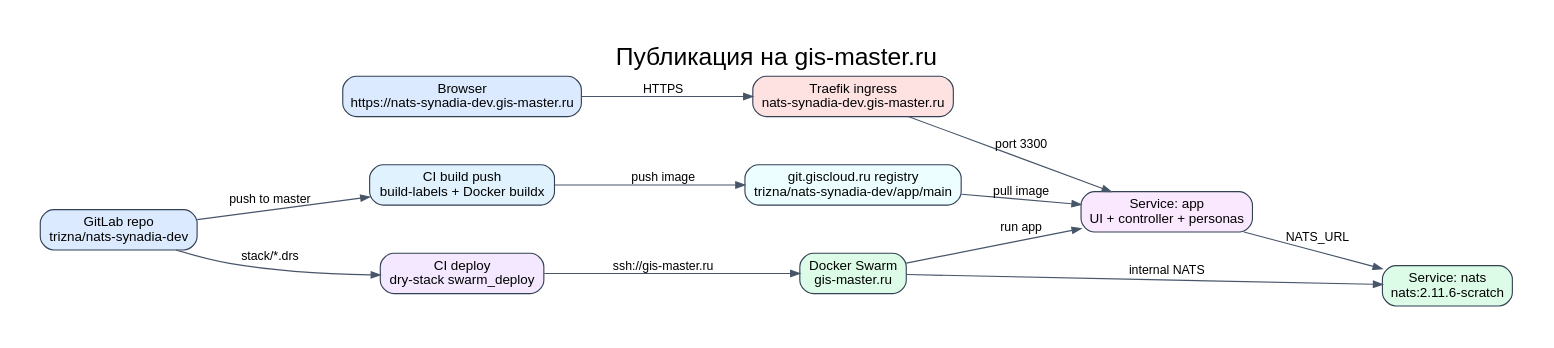
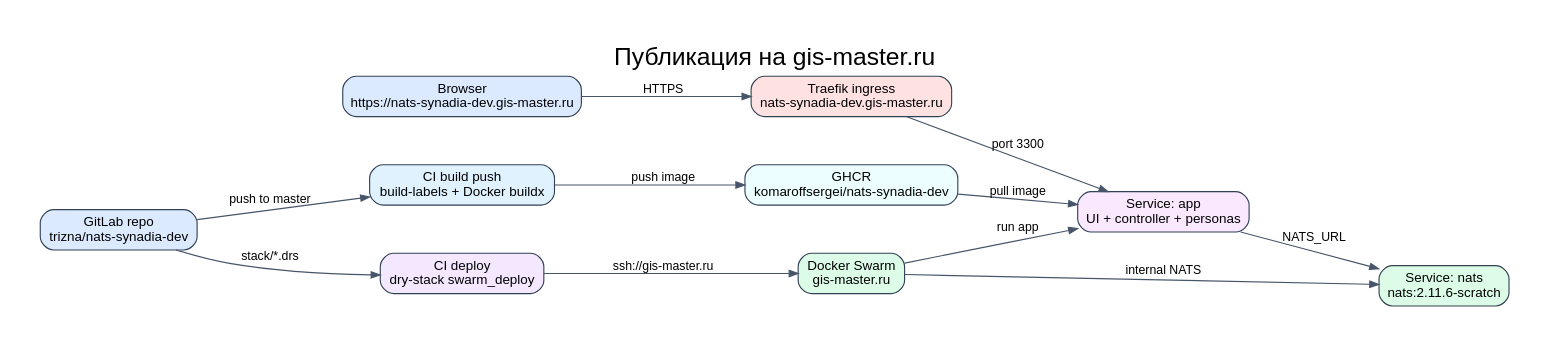
Before and after one commit to komaroffsergei/nats-synadia-dev: the diagram in docs/diagrams/deployment.dot, drawn with Graphviz. The commit also changed 7 other files, not shown here.

```diff
--- a/docs/diagrams/deployment.dot
+++ b/docs/diagrams/deployment.dot
@@ -1,50 +1,50 @@
 digraph G {
   graph [
     rankdir=LR,
     bgcolor="white",
     pad="0.4",
     nodesep="0.6",
     ranksep="0.8",
     fontname="Arial",
     label="Публикация на gis-master.ru",
     labelloc="t",
     fontsize=22
   ];
 
   node [
     shape=box,
     style="rounded,filled",
     fontname="Arial",
     fontsize=12,
     color="#334155",
     fillcolor="#f8fafc"
   ];
 
   edge [
     fontname="Arial",
     fontsize=11,
     color="#475569",
     arrowsize=0.8
   ];
 
   repo [label="GitLab repo\ntrizna/nats-synadia-dev", fillcolor="#dbeafe"];
   build [label="CI build push\nbuild-labels + Docker buildx", fillcolor="#e0f2fe"];
-  registry [label="git.giscloud.ru registry\ntrizna/nats-synadia-dev/app/main", fillcolor="#ecfeff"];
+  registry [label="GHCR\nkomaroffsergei/nats-synadia-dev", fillcolor="#ecfeff"];
   deploy [label="CI deploy\ndry-stack swarm_deploy", fillcolor="#f3e8ff"];
   swarm [label="Docker Swarm\ngis-master.ru", fillcolor="#dcfce7"];
   nats [label="Service: nats\nnats:2.11.6-scratch", fillcolor="#dcfce7"];
   app [label="Service: app\nUI + controller + personas", fillcolor="#fae8ff"];
   traefik [label="Traefik ingress\nnats-synadia-dev.gis-master.ru", fillcolor="#fee2e2"];
   user [label="Browser\nhttps://nats-synadia-dev.gis-master.ru", fillcolor="#dbeafe"];
 
   repo -> build [label="push to master"];
   build -> registry [label="push image"];
   repo -> deploy [label="stack/*.drs"];
   deploy -> swarm [label="ssh://gis-master.ru"];
   registry -> app [label="pull image"];
   swarm -> nats [label="internal NATS"];
   swarm -> app [label="run app"];
   app -> nats [label="NATS_URL"];
   traefik -> app [label="port 3300"];
   user -> traefik [label="HTTPS"];
 }
```
